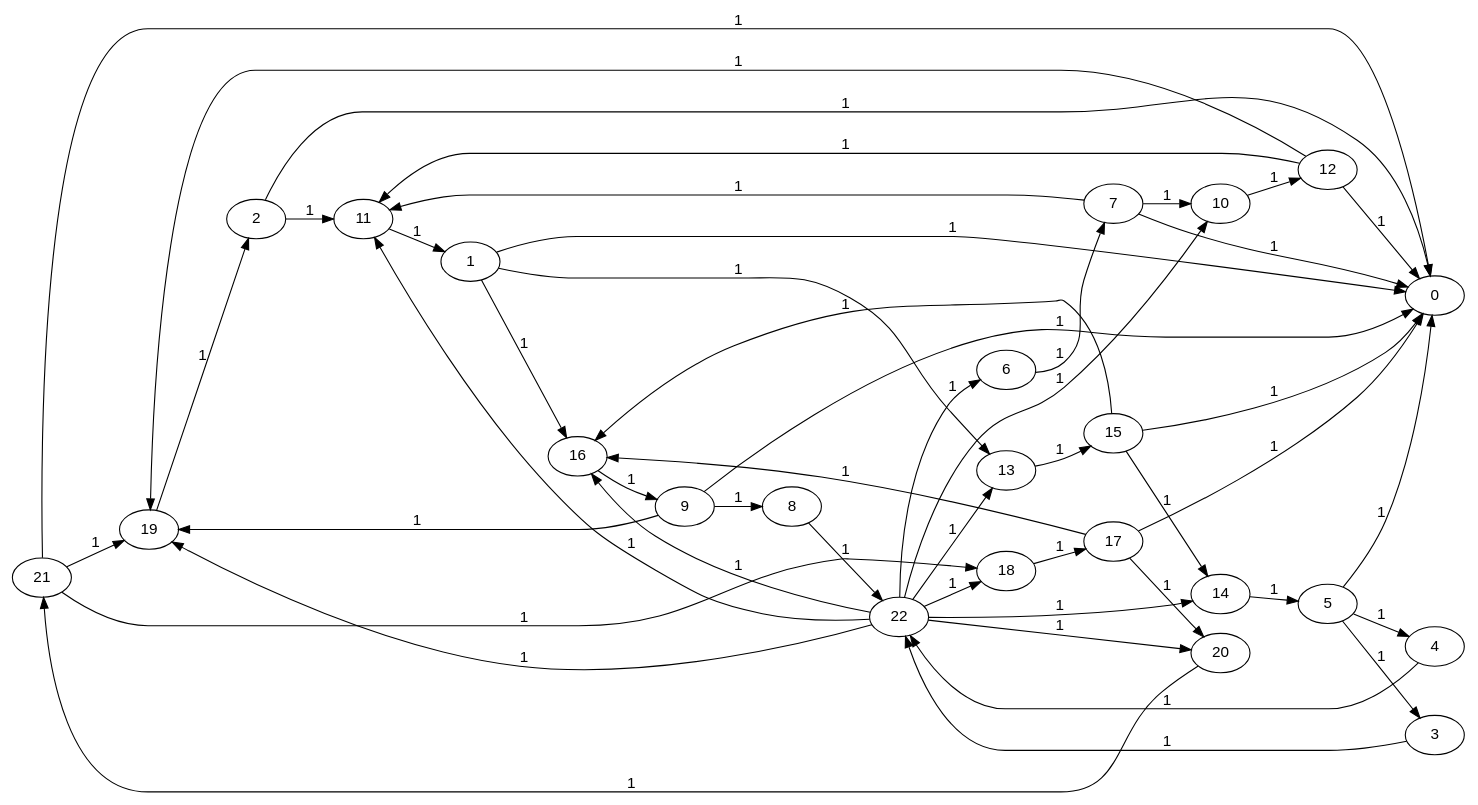
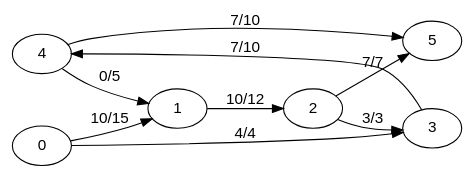
The diagram in outfile.dot (cleaesposito/ocaml-maxflow-project), drawn with Graphviz before and after one commit. The commit also changed 21 other files, not shown here.

Commit message:
graphe flot fonctionnel

```diff
--- a/outfile.dot
+++ b/outfile.dot
@@ -1,53 +1,14 @@
 digraph create_graph {
   fontname="Helvetica,Arial,sans-serif"
   node [fontname="Helvetica,Arial,sans-serif"]
   edge [fontname="Helvetica,Arial,sans-serif"]
   rankdir=LR;
-21 -> 19 [label = 1];
-21 -> 18 [label = 1];
-21 -> 0 [label = 1];
-20 -> 21 [label = 1];
-6 -> 7 [label = 1];
-5 -> 0 [label = 1];
-5 -> 3 [label = 1];
-5 -> 4 [label = 1];
-2 -> 11 [label = 1];
-2 -> 0 [label = 1];
-11 -> 1 [label = 1];
-18 -> 17 [label = 1];
-17 -> 0 [label = 1];
-17 -> 16 [label = 1];
-17 -> 20 [label = 1];
-13 -> 15 [label = 1];
-15 -> 0 [label = 1];
-15 -> 16 [label = 1];
-15 -> 14 [label = 1];
-12 -> 19 [label = 1];
-12 -> 0 [label = 1];
-12 -> 11 [label = 1];
-10 -> 12 [label = 1];
-16 -> 9 [label = 1];
-9 -> 0 [label = 1];
-9 -> 19 [label = 1];
-9 -> 8 [label = 1];
-8 -> 22 [label = 1];
-7 -> 0 [label = 1];
-7 -> 10 [label = 1];
-7 -> 11 [label = 1];
-22 -> 14 [label = 1];
-22 -> 20 [label = 1];
-22 -> 19 [label = 1];
-22 -> 18 [label = 1];
-22 -> 16 [label = 1];
-22 -> 13 [label = 1];
-22 -> 11 [label = 1];
-22 -> 10 [label = 1];
-22 -> 6 [label = 1];
-14 -> 5 [label = 1];
-4 -> 22 [label = 1];
-3 -> 22 [label = 1];
-19 -> 2 [label = 1];
-1 -> 0 [label = 1];
-1 -> 13 [label = 1];
-1 -> 16 [label = 1];
+4 -> 1 [label = "0/5"];
+4 -> 5 [label = "7/10"];
+2 -> 3 [label = "3/3"];
+2 -> 5 [label = "7/7"];
+3 -> 4 [label = "7/10"];
+0 -> 3 [label = "4/4"];
+0 -> 1 [label = "10/15"];
+1 -> 2 [label = "10/12"];
 }
```
